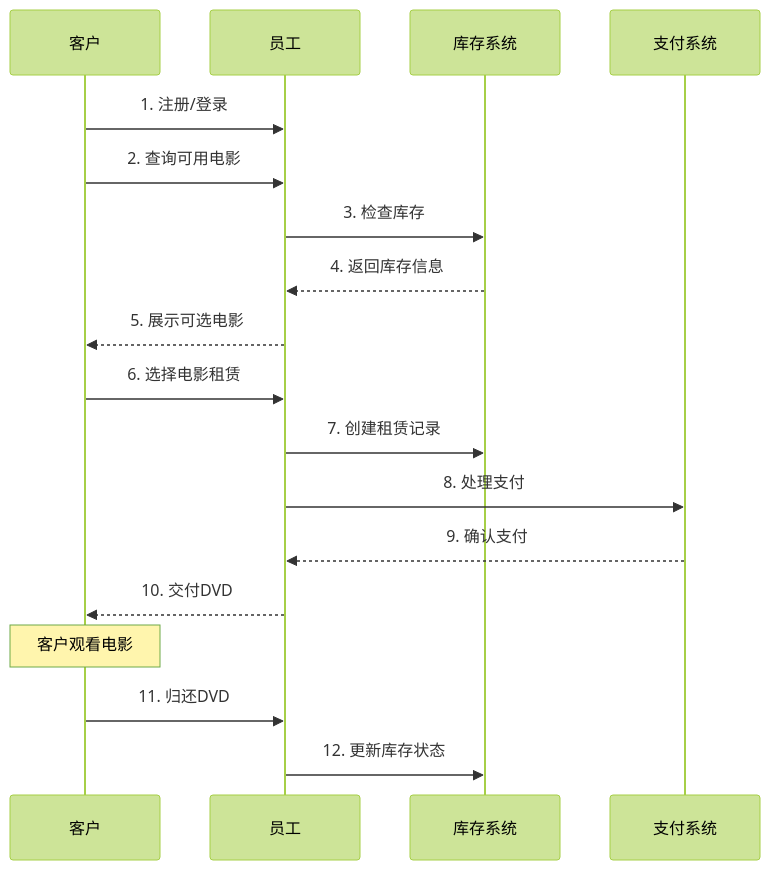
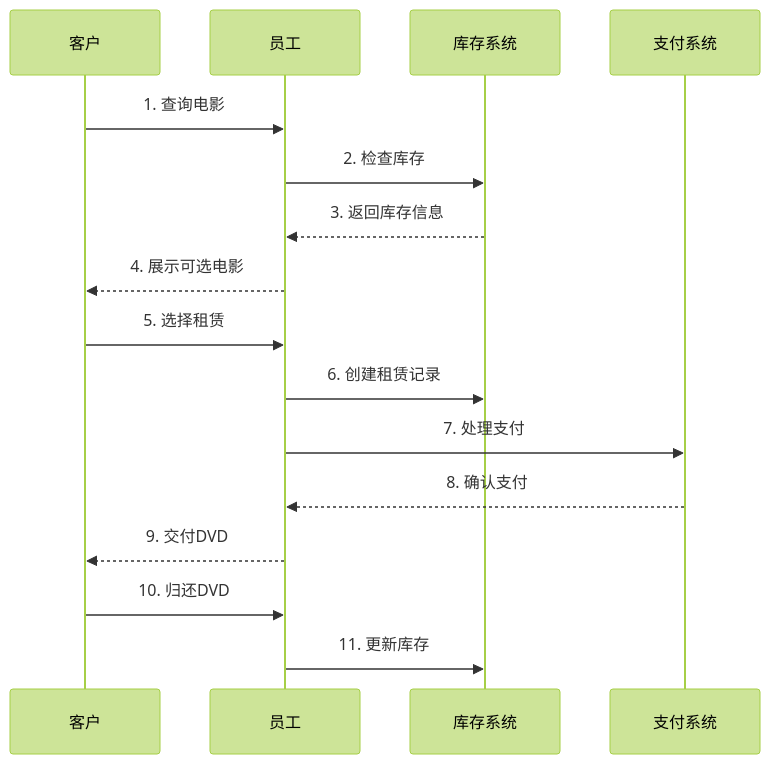
Before and after one commit to mercuryhome/dvdrental-guide: the second of 5 diagrams in DVD租赁数据库设计过程.md, drawn with Mermaid (forest theme). The commit also changed other lines of this file and 1 other file, not shown here.

````diff
--- a/DVD租赁数据库设计过程.md
+++ b/DVD租赁数据库设计过程.md
@@ -89,21 +79,19 @@
 ```mermaid
 sequenceDiagram
     participant C as 客户
     participant S as 员工
     participant I as 库存系统
     participant P as 支付系统
     
-    C->>S: 1. 注册/登录
-    C->>S: 2. 查询可用电影
-    S->>I: 3. 检查库存
-    I-->>S: 4. 返回库存信息
-    S-->>C: 5. 展示可选电影
-    C->>S: 6. 选择电影租赁
-    S->>I: 7. 创建租赁记录
-    S->>P: 8. 处理支付
-    P-->>S: 9. 确认支付
-    S-->>C: 10. 交付DVD
-    Note over C: 客户观看电影
-    C->>S: 11. 归还DVD
-    S->>I: 12. 更新库存状态
+    C->>S: 1. 查询电影
+    S->>I: 2. 检查库存
+    I-->>S: 3. 返回库存信息
+    S-->>C: 4. 展示可选电影
+    C->>S: 5. 选择租赁
+    S->>I: 6. 创建租赁记录
+    S->>P: 7. 处理支付
+    P-->>S: 8. 确认支付
+    S-->>C: 9. 交付DVD
+    C->>S: 10. 归还DVD
+    S->>I: 11. 更新库存
 ```
````
